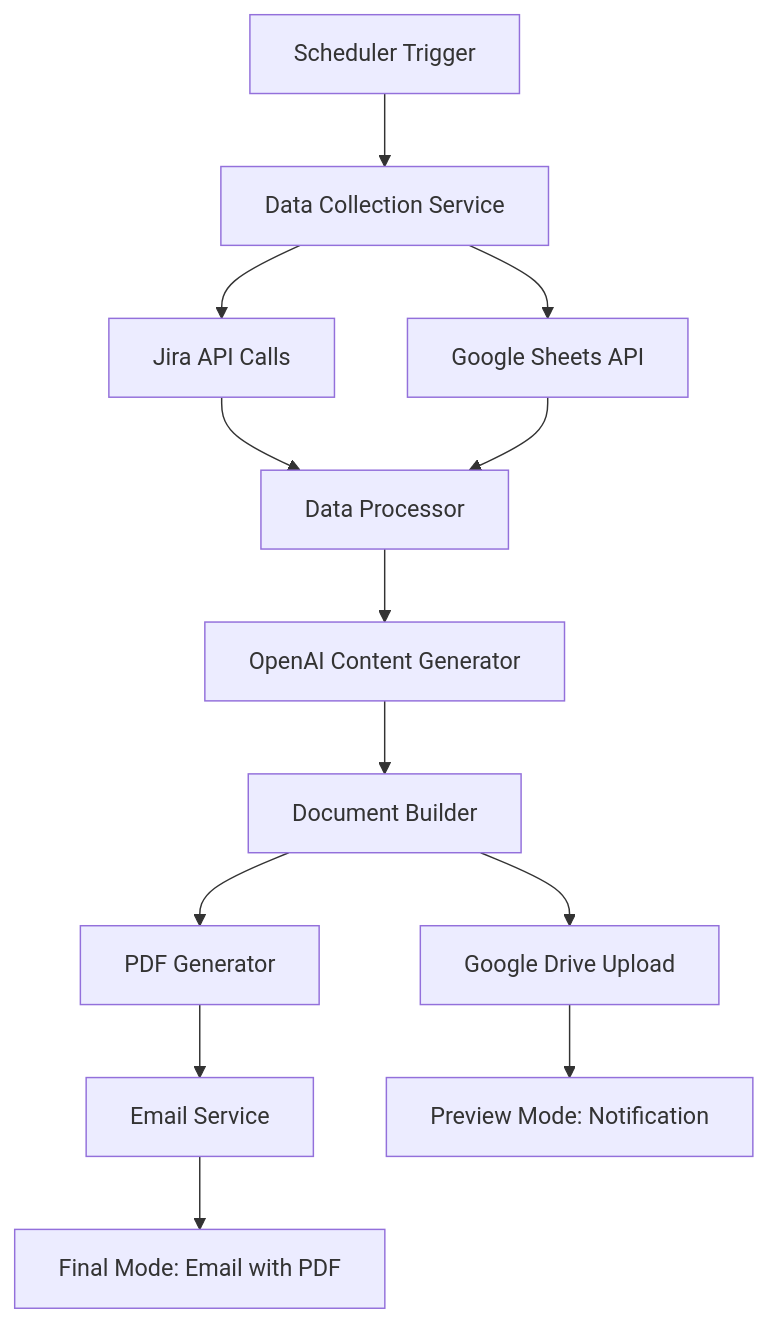
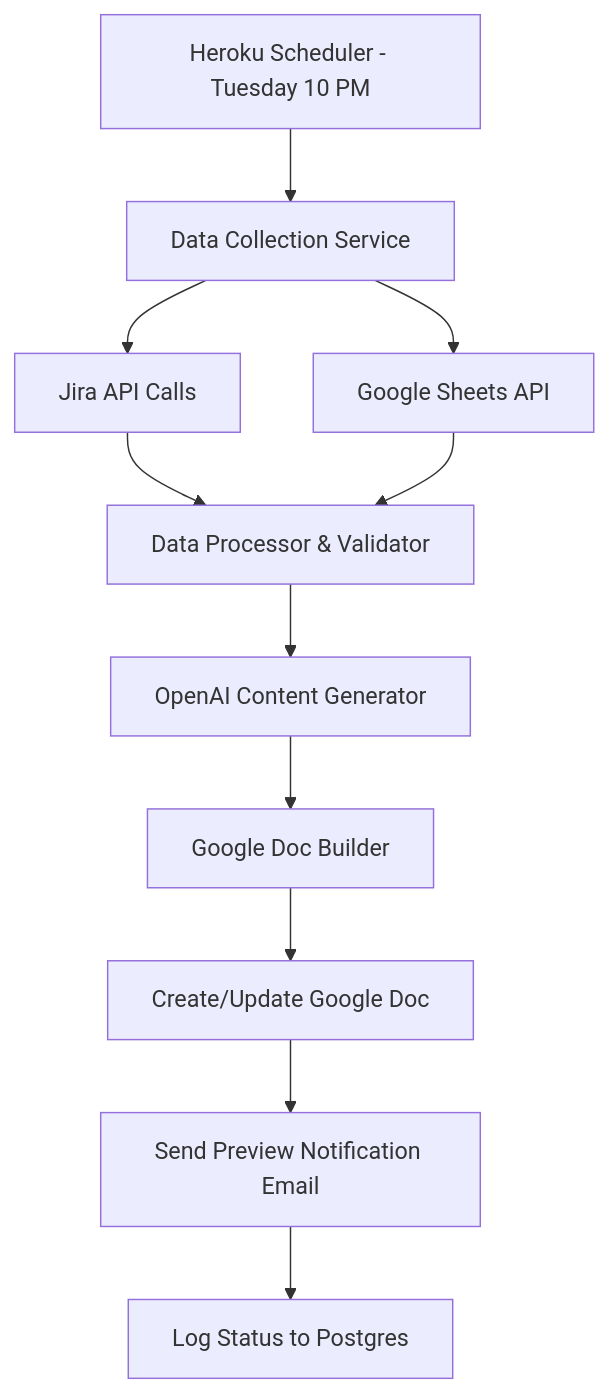
One commit to Bradshawrc93/SmarterProducts-Weekly changed the first of 2 diagrams in ARCHITECTURE_PLAN.md. Above: the diagram before and after it, drawn with Mermaid. The commit also changed other lines of this file, not shown here.

Commit message:
Update architecture plan for Heroku deployment with Tuesday→Google Doc→Wednesday→PDF workflow

````diff
--- a/ARCHITECTURE_PLAN.md
+++ b/ARCHITECTURE_PLAN.md
@@ -104,15 +79,13 @@
 ```mermaid
 graph TD
-    A[Scheduler Trigger] --> B[Data Collection Service]
+    A[Heroku Scheduler - Tuesday 10 PM] --> B[Data Collection Service]
     B --> C[Jira API Calls]
     B --> D[Google Sheets API]
-    C --> E[Data Processor]
+    C --> E[Data Processor & Validator]
     D --> E
     E --> F[OpenAI Content Generator]
-    F --> G[Document Builder]
-    G --> H[Google Drive Upload]
-    G --> I[PDF Generator]
-    I --> J[Email Service]
-    H --> K[Preview Mode: Notification]
-    J --> L[Final Mode: Email with PDF]
+    F --> G[Google Doc Builder]
+    G --> H[Create/Update Google Doc]
+    H --> I[Send Preview Notification Email]
+    I --> J[Log Status to Postgres]
 ```
````
